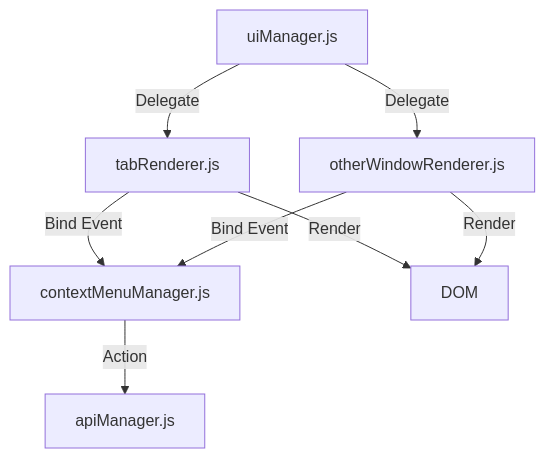
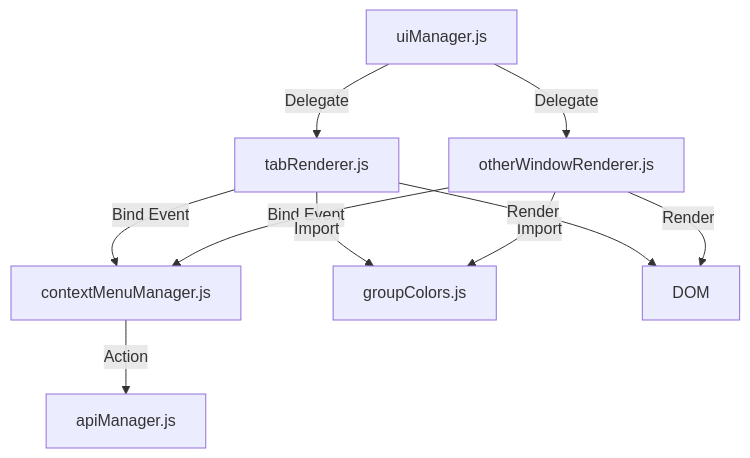
Before and after one commit to Tai-ch0802/arc-like-chrome-extension: the first of 2 diagrams in docs/specs/fix/002_tab-renderer-refactoring/SA_spec.md, drawn with Mermaid. The commit also changed other lines of this file and 4 other files, not shown here.

First line of the commit message:
refactor(ui): extract GROUP_COLORS and hexToRgba to shared module

````diff
--- a/docs/specs/fix/002_tab-renderer-refactoring/SA_spec.md
+++ b/docs/specs/fix/002_tab-renderer-refactoring/SA_spec.md
@@ -18,12 +18,15 @@
 ```mermaid
 graph TD
     UI[uiManager.js] -->|Delegate| TR[tabRenderer.js]
     UI -->|Delegate| OWR[otherWindowRenderer.js]
     
     TR -->|Bind Event| CM[contextMenuManager.js]
     OWR -->|Bind Event| CM
     
+    TR -->|Import| GC[groupColors.js]
+    OWR -->|Import| GC
+    
     CM -->|Action| API[apiManager.js]
     TR -->|Render| DOM
     OWR -->|Render| DOM
 ```
````
